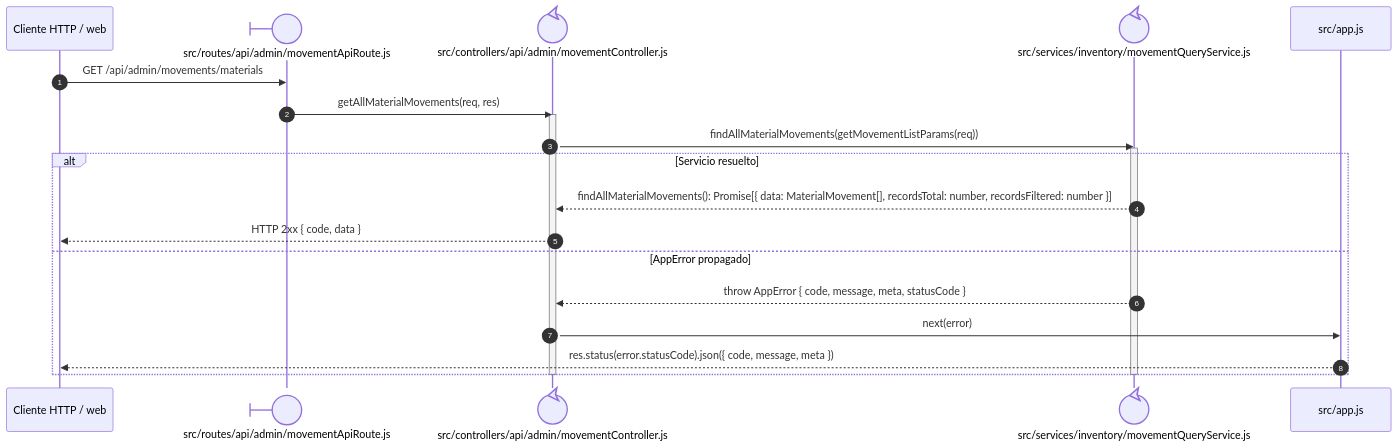
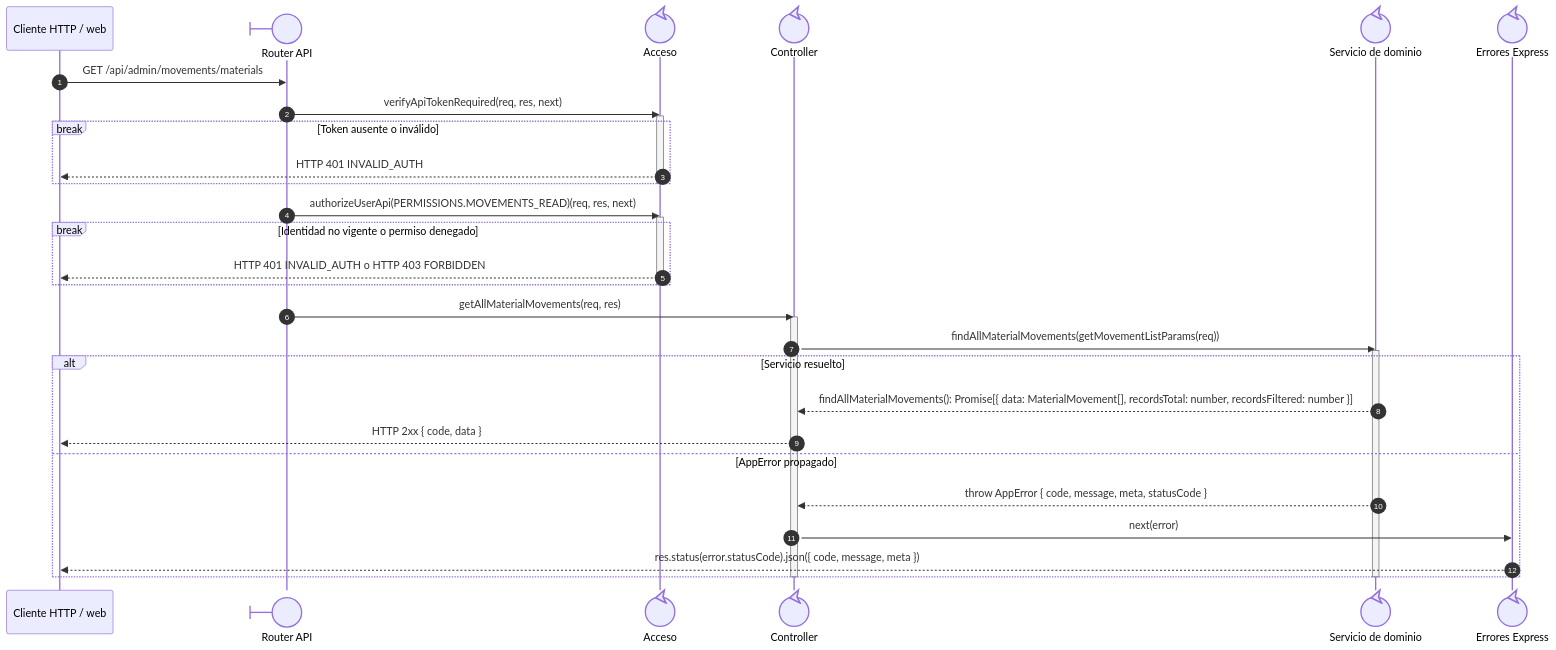
Before and after one commit to gpgsistemas01/nexus: the diagram in docs/architecture/views/processes/backend-code-sequences/catalogs/cu-alm-07.md, drawn with Mermaid. The commit also changed other lines of this file and 216 other files, not shown here.

Commit message:
docs: align module detail and expand sequence notation and collaborations

````diff
--- a/docs/architecture/views/processes/backend-code-sequences/catalogs/cu-alm-07.md
+++ b/docs/architecture/views/processes/backend-code-sequences/catalogs/cu-alm-07.md
@@ -6,25 +24,39 @@
 ```mermaid
 sequenceDiagram
     autonumber
     participant Client as Cliente HTTP / web
-    participant Route@{ "type": "boundary" } as src/routes/api/admin/movementApiRoute.js
-    participant Controller@{ "type": "control" } as src/controllers/api/admin/movementController.js
-    participant Domain@{ "type": "control" } as src/services/inventory/movementQueryService.js
-    participant ErrorHandler as src/app.js
+    participant Route@{ "type": "boundary" } as Router API
+    participant Auth@{ "type": "control" } as Acceso
+    participant Controller@{ "type": "control" } as Controller
+    participant Domain@{ "type": "control" } as Servicio de dominio
+    participant ErrorHandler@{ "type": "control" } as Errores Express
 
     Client->>Route: GET /api/admin/movements/materials
+
+    Route->>Auth: verifyApiTokenRequired(req, res, next)
+    activate Auth
+    break Token ausente o inválido
+        Auth-->>Client: HTTP 401 INVALID_AUTH
+    end
+    deactivate Auth
+    Route->>Auth: authorizeUserApi(PERMISSIONS.MOVEMENTS_READ)(req, res, next)
+    activate Auth
+    break Identidad no vigente o permiso denegado
+        Auth-->>Client: HTTP 401 INVALID_AUTH o HTTP 403 FORBIDDEN
+    end
+    deactivate Auth
     Route->>Controller: getAllMaterialMovements(req, res)
     activate Controller
     Controller->>Domain: findAllMaterialMovements(getMovementListParams(req))
     activate Domain
     alt Servicio resuelto
         Domain-->>Controller: findAllMaterialMovements(): Promise[{ data: MaterialMovement[], recordsTotal: number, recordsFiltered: number }]
         Controller-->>Client: HTTP 2xx { code, data }
     else AppError propagado
         Domain-->>Controller: throw AppError { code, message, meta, statusCode }
         Controller->>ErrorHandler: next(error)
         ErrorHandler-->>Client: res.status(error.statusCode).json({ code, message, meta })
     end
     deactivate Domain
     deactivate Controller
 ```
````
